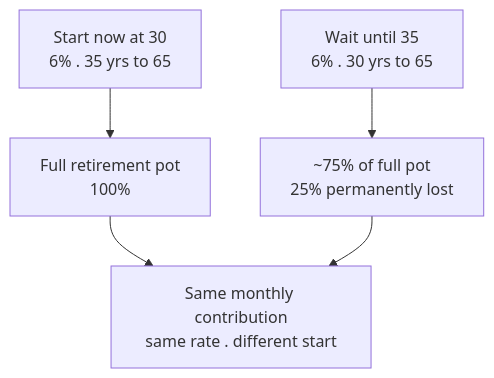
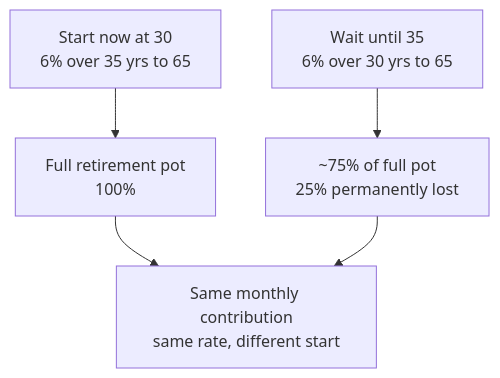
The second of 2 diagrams in docs/first-60-days/week-6/day-32.md (leotansingapore/aia-product-compass-hub), drawn with Mermaid before and after one commit. The commit also changed other lines of this file and 56 other files, not shown here.

Commit message:
Readability pass across first-60-days: styled HTML to tables/diagrams, cleaner formatting, no leaked metadata

````diff
--- a/docs/first-60-days/week-6/day-32.md
+++ b/docs/first-60-days/week-6/day-32.md
@@ -125,6 +125,6 @@
 ```mermaid
 flowchart TD
-    A["Start now at 30<br/>6% . 35 yrs to 65"] --> B["Full retirement pot<br/>100%"]
-    C["Wait until 35<br/>6% . 30 yrs to 65"] --> D["~75% of full pot<br/>25% permanently lost"]
-    B & D --> E["Same monthly contribution<br/>same rate . different start"]
+    A["Start now at 30<br/>6% over 35 yrs to 65"] --> B["Full retirement pot<br/>100%"]
+    C["Wait until 35<br/>6% over 30 yrs to 65"] --> D["~75% of full pot<br/>25% permanently lost"]
+    B & D --> E["Same monthly contribution<br/>same rate, different start"]
 ```
````
